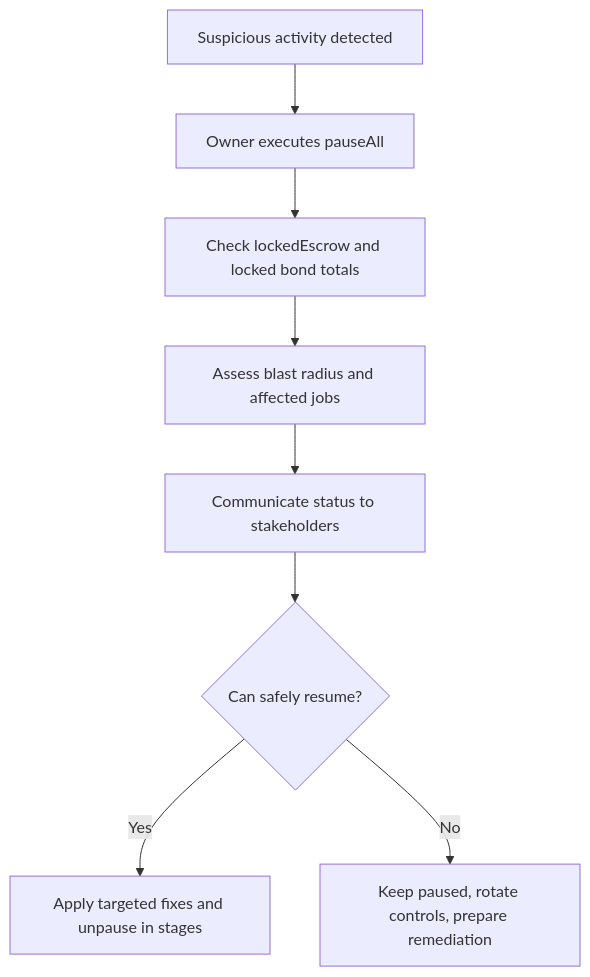
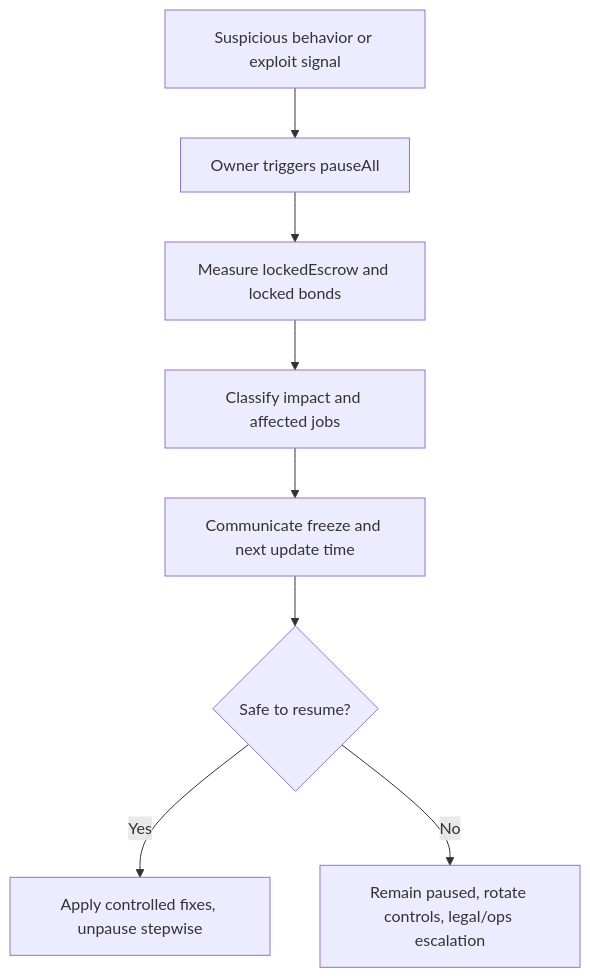
The second of 4 diagrams in docs/DEPLOYMENT/OWNER_MAINNET_DEPLOYMENT_AND_OPERATIONS_GUIDE.md (MontrealAI/AGIJobManager), drawn with Mermaid before and after one commit. The commit also changed other lines of this file, not shown here.

Commit message:
docs: publish owner-facing mainnet deployment and operations guide

````diff
--- a/docs/DEPLOYMENT/OWNER_MAINNET_DEPLOYMENT_AND_OPERATIONS_GUIDE.md
+++ b/docs/DEPLOYMENT/OWNER_MAINNET_DEPLOYMENT_AND_OPERATIONS_GUIDE.md
@@ -297,10 +210,10 @@
 ```mermaid
 flowchart TD
-  A[Suspicious activity detected] --> B[Owner executes pauseAll]
-  B --> C[Check lockedEscrow and locked bond totals]
-  C --> D[Assess blast radius and affected jobs]
-  D --> E[Communicate status to stakeholders]
-  E --> F{Can safely resume?}
-  F -- Yes --> G[Apply targeted fixes and unpause in stages]
-  F -- No --> H[Keep paused, rotate controls, prepare remediation]
+  A[Suspicious behavior or exploit signal] --> B[Owner triggers pauseAll]
+  B --> C[Measure lockedEscrow and locked bonds]
+  C --> D[Classify impact and affected jobs]
+  D --> E[Communicate freeze and next update time]
+  E --> F{Safe to resume?}
+  F -- Yes --> G[Apply controlled fixes, unpause stepwise]
+  F -- No --> H[Remain paused, rotate controls, legal/ops escalation]
 ```
````
